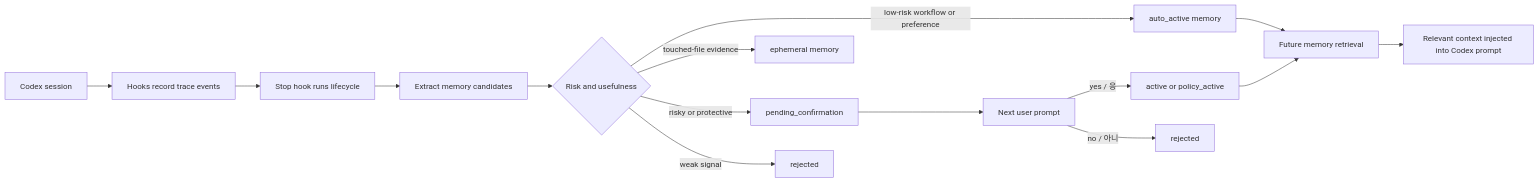
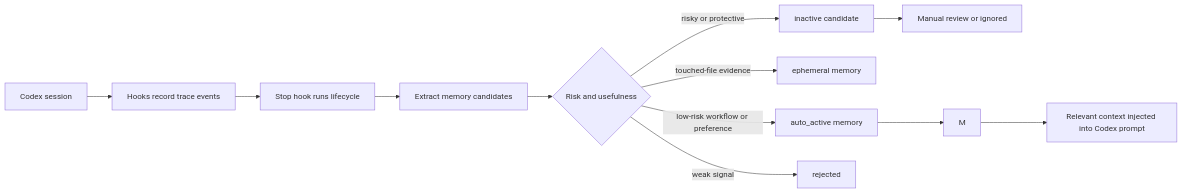
One commit to lteawoo/MemAssist changed the first of 5 diagrams in README.md. Above: the diagram before and after it, drawn with Mermaid. The commit also changed other lines of this file and 9 other files, not shown here.

````diff
--- a/README.md
+++ b/README.md
@@ -30,17 +29,14 @@
 ```mermaid
 flowchart LR
     A[Codex session] --> B[Hooks record trace events]
     B --> C[Stop hook runs lifecycle]
     C --> D[Extract memory candidates]
     D --> E{Risk and usefulness}
     E -->|low-risk workflow or preference| F[auto_active memory]
     E -->|touched-file evidence| G[ephemeral memory]
-    E -->|risky or protective| H[pending_confirmation]
+    E -->|risky or protective| H[inactive candidate]
     E -->|weak signal| I[rejected]
-    H --> J[Next user prompt]
-    J -->|yes / 응| K[active or policy_active]
-    J -->|no / 아니| L[rejected]
-    K --> M[Future memory retrieval]
+    H --> J[Manual review or ignored]
     F --> M
     M --> N[Relevant context injected into Codex prompt]
 ```
````
